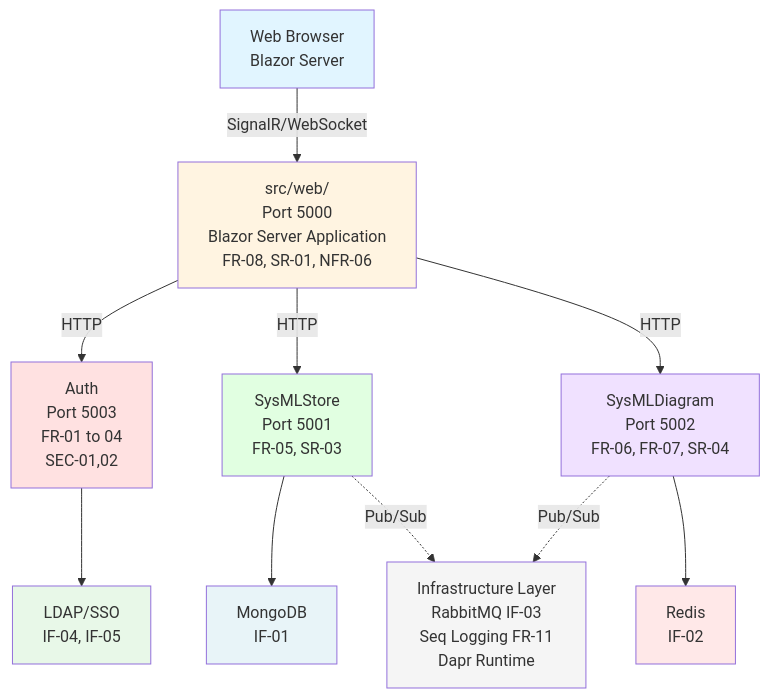
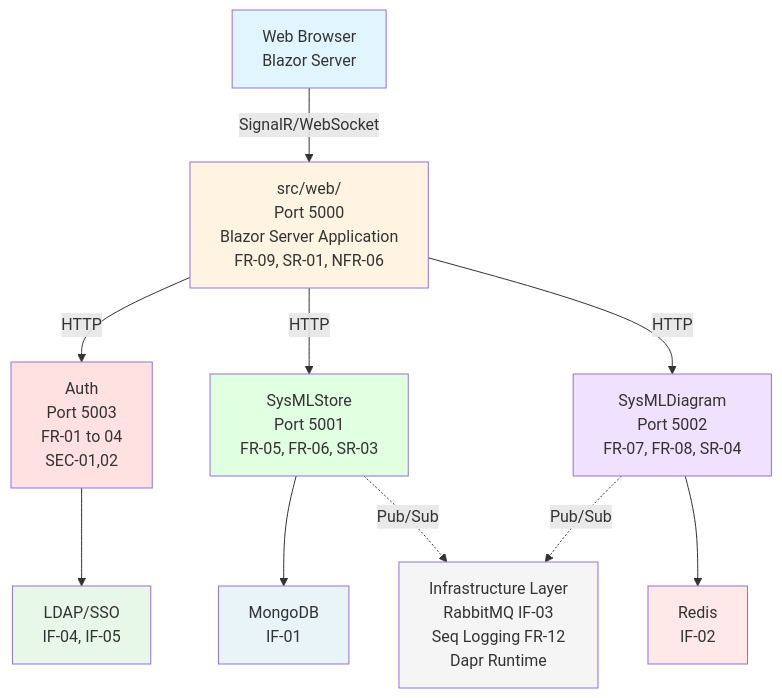
Before and after one commit to CodeOOf/SysArx: the diagram in project/TRACEABILITY.md, drawn with Mermaid. The commit also changed other lines of this file and 7 other files, not shown here.

````diff
--- a/project/TRACEABILITY.md
+++ b/project/TRACEABILITY.md
@@ -287,27 +287,27 @@
 ```mermaid
 graph TB
     Browser[Web Browser<br/>Blazor Server]
     
-    Browser -->|SignalR/WebSocket| Web[src/web/<br/>Port 5000<br/>Blazor Server Application<br/>FR-08, SR-01, NFR-06]
+    Browser -->|SignalR/WebSocket| Web[src/web/<br/>Port 5000<br/>Blazor Server Application<br/>FR-09, SR-01, NFR-06]
     
     Web -->|HTTP| Auth[Auth<br/>Port 5003<br/>FR-01 to 04<br/>SEC-01,02]
-    Web -->|HTTP| Store[SysMLStore<br/>Port 5001<br/>FR-05, SR-03]
-    Web -->|HTTP| Diagram[SysMLDiagram<br/>Port 5002<br/>FR-06, FR-07, SR-04]
+    Web -->|HTTP| Store[SysMLStore<br/>Port 5001<br/>FR-05, FR-06, SR-03]
+    Web -->|HTTP| Diagram[SysMLDiagram<br/>Port 5002<br/>FR-07, FR-08, SR-04]
     
     Auth --> LDAP[LDAP/SSO<br/>IF-04, IF-05]
     Store --> MongoDB[MongoDB<br/>IF-01]
     Diagram --> Redis[Redis<br/>IF-02]
     
-    Store -.->|Pub/Sub| Infra[Infrastructure Layer<br/>RabbitMQ IF-03<br/>Seq Logging FR-11<br/>Dapr Runtime]
+    Store -.->|Pub/Sub| Infra[Infrastructure Layer<br/>RabbitMQ IF-03<br/>Seq Logging FR-12<br/>Dapr Runtime]
     Diagram -.->|Pub/Sub| Infra
     
     style Browser fill:#e1f5ff
     style Web fill:#fff4e1
     style Auth fill:#ffe1e1
     style Store fill:#e1ffe1
     style Diagram fill:#f0e1ff
     style LDAP fill:#e8f8e8
     style MongoDB fill:#e8f4f8
     style Redis fill:#ffe8e8
     style Infra fill:#f5f5f5
 ```
````
